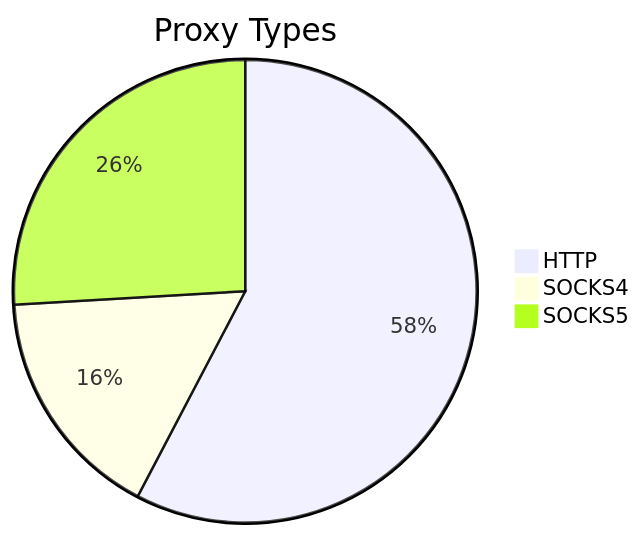
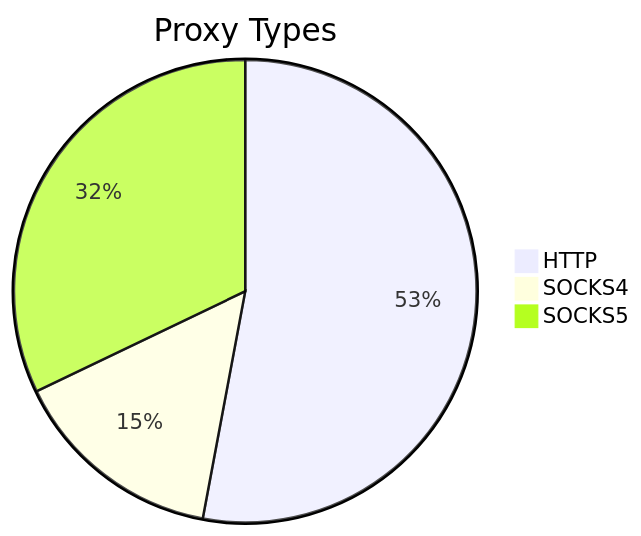
One commit to stormsia/proxy-list changed the first of 2 diagrams in README.md. Above: the diagram before and after it, drawn with Mermaid. The commit also changed other lines of this file, not shown here.

````diff
--- a/README.md
+++ b/README.md
@@ -21,6 +21,6 @@
 ```mermaid
 pie title Proxy Types
-    "HTTP" : 563
-    "SOCKS4" : 160
-    "SOCKS5" : 253
+    "HTTP" : 333
+    "SOCKS4" : 94
+    "SOCKS5" : 202
 ```
````
